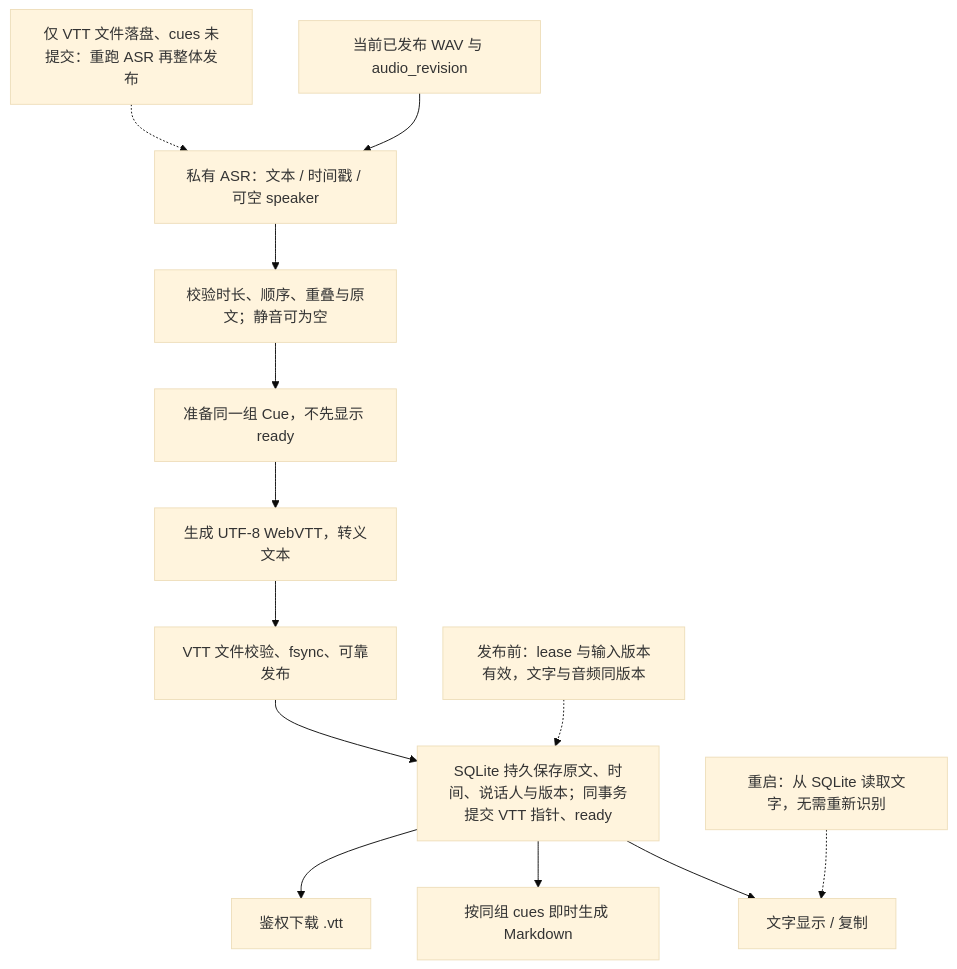
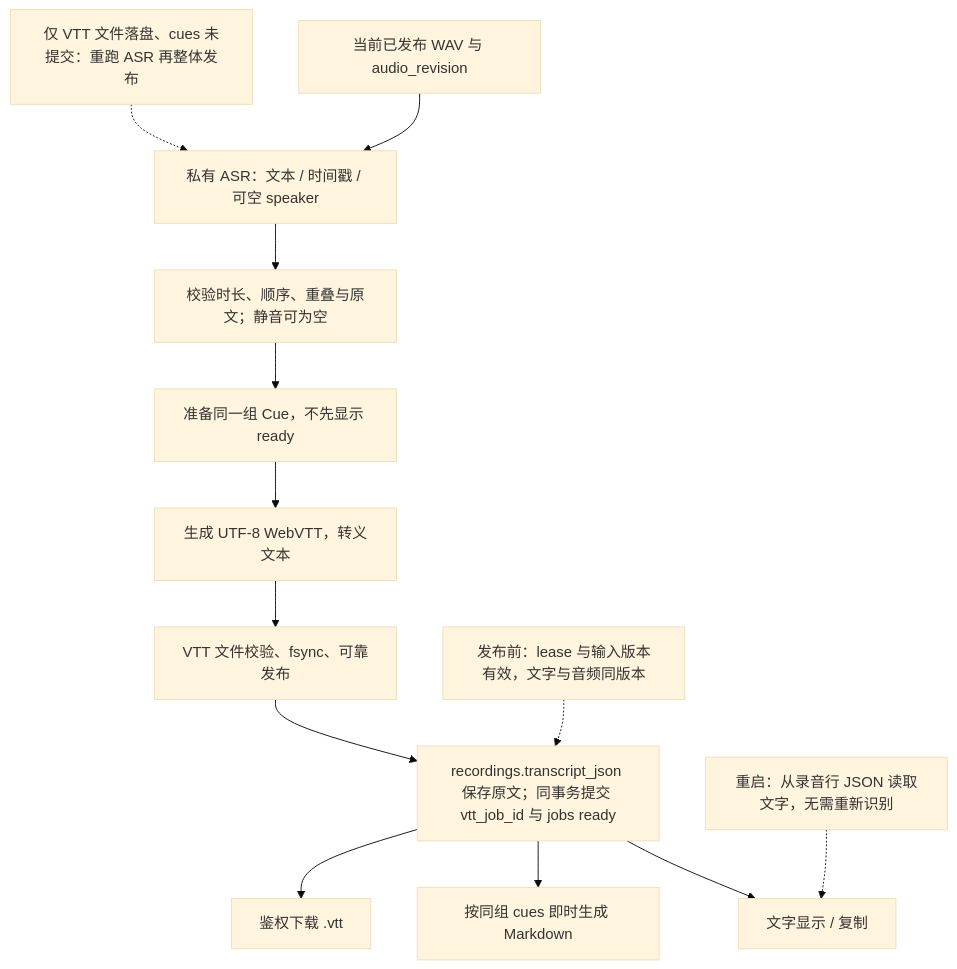
One commit to boboliu-1010/speaker changed the diagram in docs/assets/diagrams/07-transcript-vtt.mmd. Above: the diagram before and after it, drawn with Mermaid (base theme). The commit also changed 21 other files, not shown here.

```diff
--- a/docs/assets/diagrams/07-transcript-vtt.mmd
+++ b/docs/assets/diagrams/07-transcript-vtt.mmd
@@ -1,13 +1,13 @@
 flowchart TB
     WAV["当前已发布 WAV 与 audio_revision"] --> ASR["私有 ASR：文本 / 时间戳 / 可空 speaker"]
     ASR --> Validate["校验时长、顺序、重叠与原文；静音可为空"]
     Validate --> Cues["准备同一组 Cue，不先显示 ready"]
     Cues --> File["生成 UTF-8 WebVTT，转义文本"]
     File --> Persist["VTT 文件校验、fsync、可靠发布"]
-    Persist --> Commit["SQLite 持久保存原文、时间、说话人与版本；同事务提交 VTT 指针、ready"]
+    Persist --> Commit["recordings.transcript_json 保存原文；同事务提交 vtt_job_id 与 jobs ready"]
     Commit --> Web["文字显示 / 复制"]
     Commit --> MD["按同组 cues 即时生成 Markdown"]
     Commit --> Download["鉴权下载 .vtt"]
     Check["发布前：lease 与输入版本有效，文字与音频同版本"] -.-> Commit
-    Restart["重启：从 SQLite 读取文字，无需重新识别"] -.-> Web
+    Restart["重启：从录音行 JSON 读取文字，无需重新识别"] -.-> Web
     Crash["仅 VTT 文件落盘、cues 未提交：重跑 ASR 再整体发布"] -.-> ASR
```
